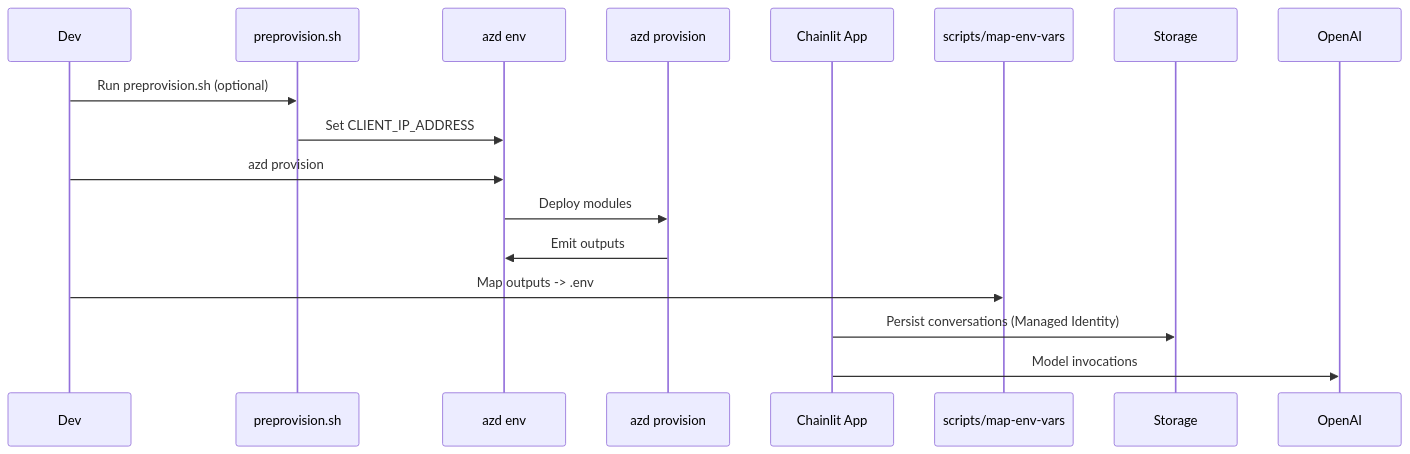
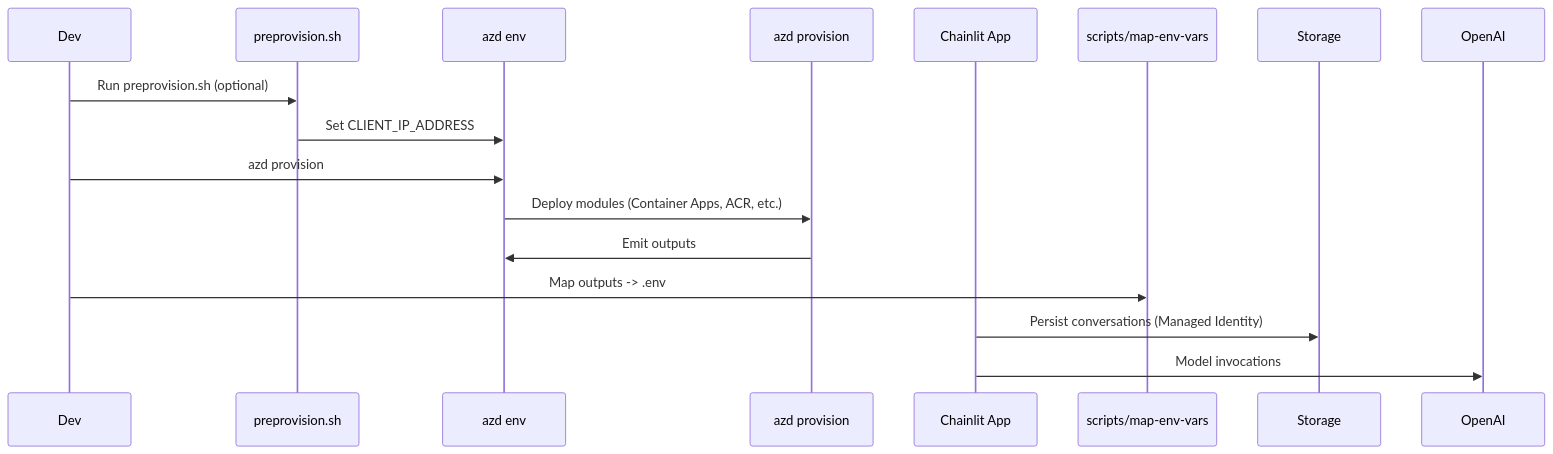
One commit to microsoft/ai-discovery-agent changed the second of 2 diagrams in ARCHITECTURE.md. Above: the diagram before and after it, drawn with Mermaid. The commit also changed other lines of this file and 1 other file, not shown here.

Commit message:
Update documentation for Container Apps migration

`````diff
--- a/ARCHITECTURE.md
+++ b/ARCHITECTURE.md
@@ -83,16 +90,16 @@
 ````mermaid
 sequenceDiagram
   participant Dev
   participant Script as preprovision.sh
   participant AZD as azd env
   participant Bicep as azd provision
   participant App as Chainlit App
   Dev->>Script: Run preprovision.sh (optional)
   Script->>AZD: Set CLIENT_IP_ADDRESS
   Dev->>AZD: azd provision
-  AZD->>Bicep: Deploy modules
+  AZD->>Bicep: Deploy modules (Container Apps, ACR, etc.)
   Bicep->>AZD: Emit outputs
   Dev->>scripts/map-env-vars: Map outputs -> .env
   App->>Storage: Persist conversations (Managed Identity)
   App->>OpenAI: Model invocations
 ````
`````
